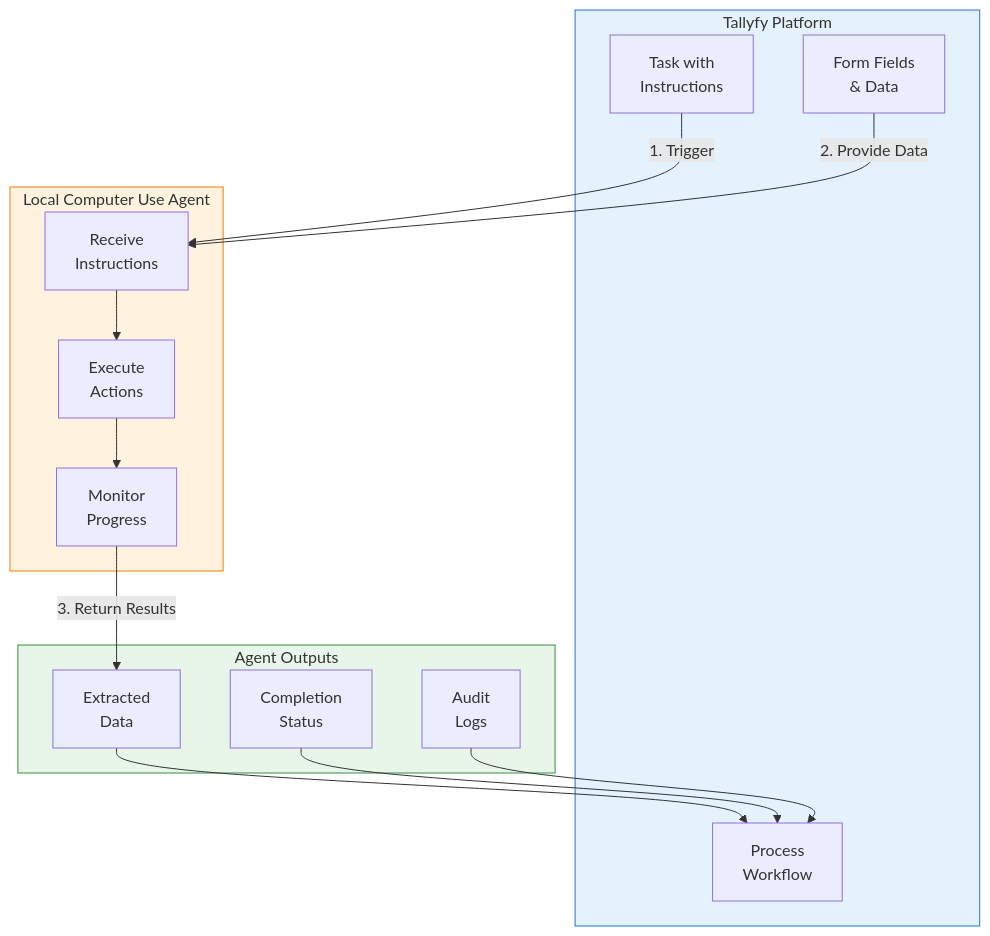
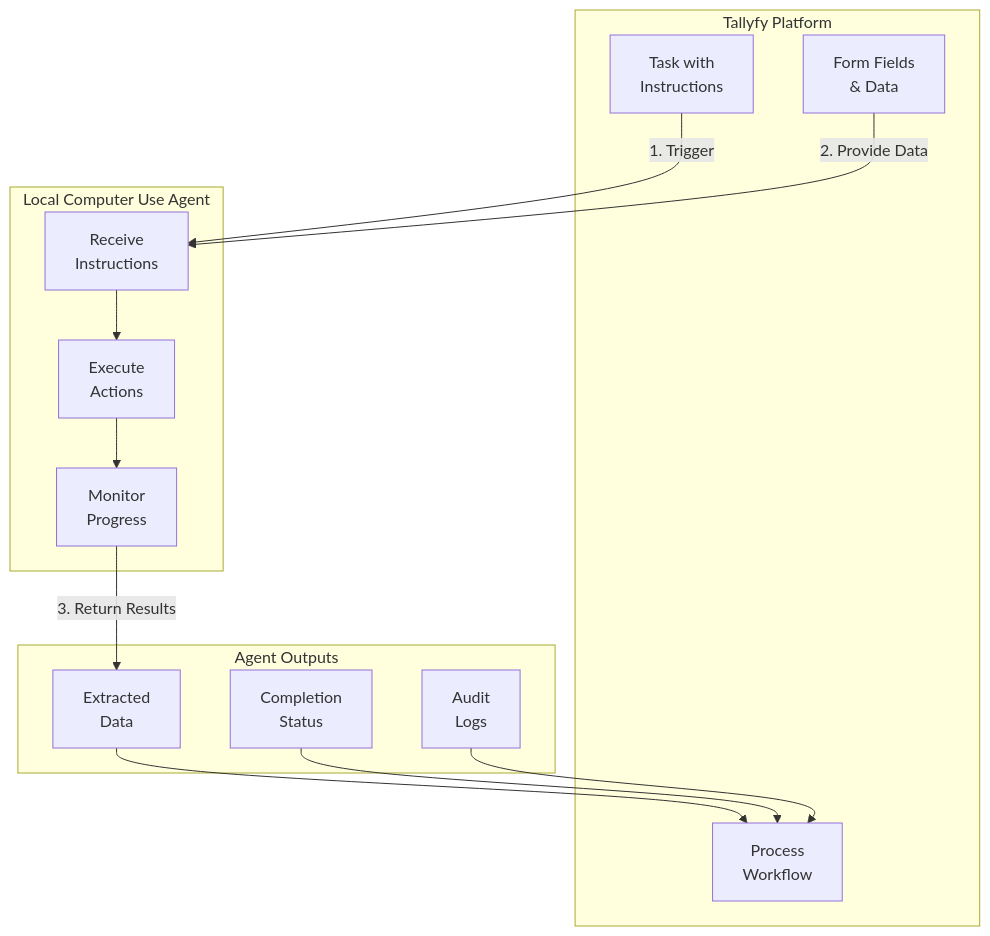
Before and after one commit to tallyfy/documentation: the second of 2 diagrams in src/content/docs/pro/integrations/computer-ai-agents/local-computer-use-agents.mdx, drawn with Mermaid.

Commit message:
Remove final style directives from local-computer-use-agents.mdx
- Removed last 3 style directives that were missed
- Completes full cleanup of inline Mermaid styles
- All diagrams now use global configuration

````diff
--- a/src/content/docs/pro/integrations/computer-ai-agents/local-computer-use-agents.mdx
+++ b/src/content/docs/pro/integrations/computer-ai-agents/local-computer-use-agents.mdx
@@ -508,36 +508,33 @@
 ```mermaid
 flowchart TD
     subgraph Tallyfy[Tallyfy Platform]
         Task[Task with<br/>Instructions]
         Forms[Form Fields<br/>& Data]
         Process[Process<br/>Workflow]
     end
     
     subgraph LocalAgent[Local Computer Use Agent]
         Receive[Receive<br/>Instructions]
         Execute[Execute<br/>Actions]
         Monitor[Monitor<br/>Progress]
     end
     
     subgraph Outputs[Agent Outputs]
         Data[Extracted<br/>Data]
         Status[Completion<br/>Status]
         Logs[Audit<br/>Logs]
     end
     
     Task -->|1. Trigger| Receive
     Forms -->|2. Provide Data| Receive
     Receive --> Execute
     Execute --> Monitor
     Monitor -->|3. Return Results| Data
     Data --> Process
     Status --> Process
     Logs --> Process
     
-    style Tallyfy fill:#E3F2FD,stroke:#1976D2
-    style LocalAgent fill:#FFF3E0,stroke:#F57C00
-    style Outputs fill:#E8F5E9,stroke:#388E3C
     
     click Task "/products/pro/tracking-and-tasks/tasks/" "Learn about Tallyfy tasks"
     click Forms "/products/pro/tracking-and-tasks/tasks/what-are-form-fields-in-tallyfy/" "Form fields documentation"
 ```
````
